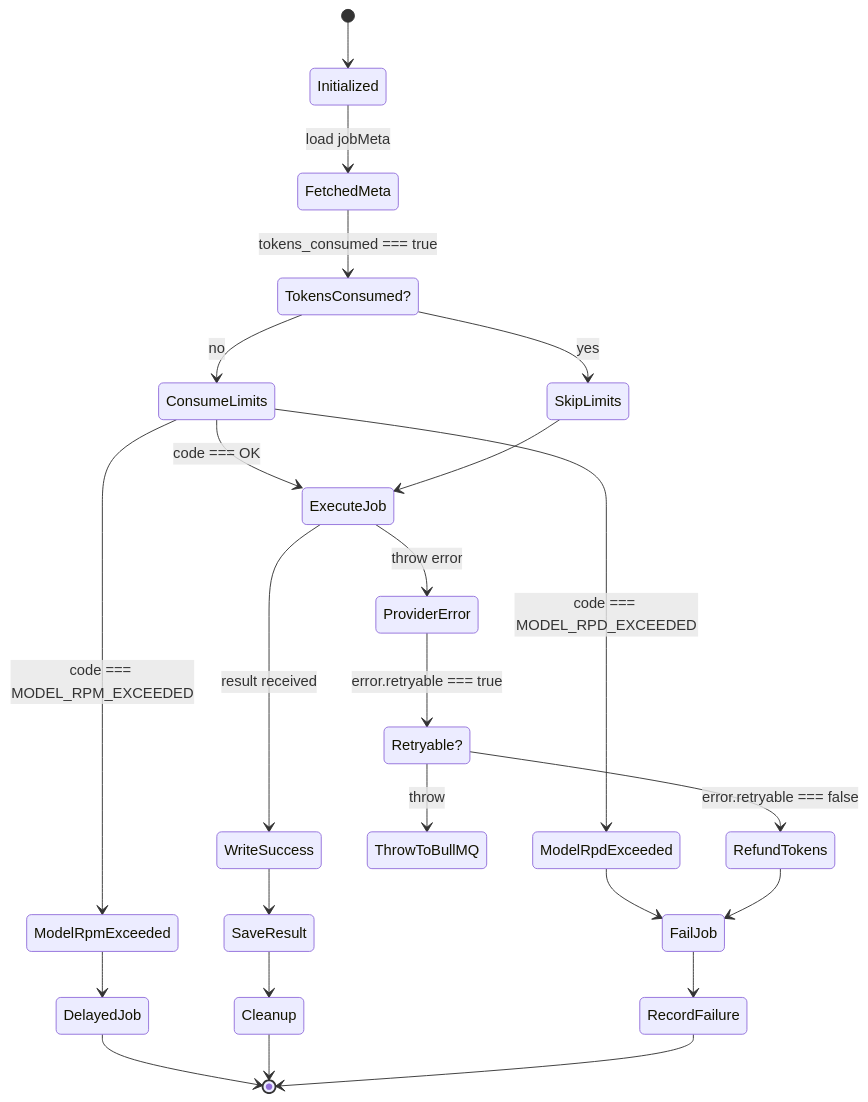
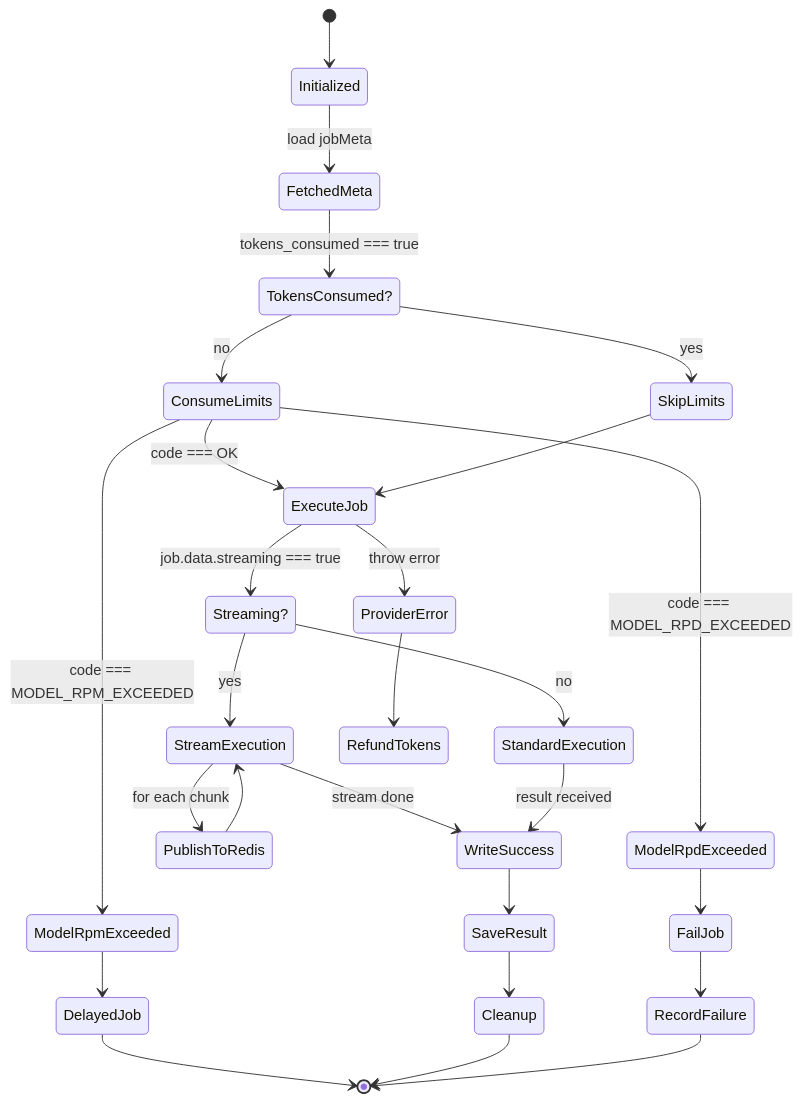
The diagram in docs/Worker.md (DmitriyMuliak/z1mak-cv-queue), drawn with Mermaid before and after one commit. The commit also changed other lines of this file and 30 other files, not shown here.

````diff
--- a/docs/Worker.md
+++ b/docs/Worker.md
@@ -1,36 +1,40 @@
 ```mermaid
 stateDiagram
   [*] --> Initialized
 
   Initialized --> FetchedMeta : load jobMeta
 
   FetchedMeta --> TokensConsumed? : tokens_consumed === true
   TokensConsumed? --> SkipLimits : yes
   TokensConsumed? --> ConsumeLimits : no
 
   ConsumeLimits --> ModelRpmExceeded : code === MODEL_RPM_EXCEEDED
   ModelRpmExceeded --> DelayedJob
   DelayedJob --> [*]
 
   ConsumeLimits --> ModelRpdExceeded : code === MODEL_RPD_EXCEEDED
   ModelRpdExceeded --> FailJob
 
   ConsumeLimits --> ExecuteJob : code === OK
   SkipLimits --> ExecuteJob
 
+  ExecuteJob --> Streaming? : job.data.streaming === true
+  
+  Streaming? --> StreamExecution : yes
+  StreamExecution --> PublishToRedis : for each chunk
+  PublishToRedis --> StreamExecution
+  StreamExecution --> WriteSuccess : stream done
+  
+  Streaming? --> StandardExecution : no
+  StandardExecution --> WriteSuccess : result received
+
   ExecuteJob --> ProviderError : throw error
-  ExecuteJob --> WriteSuccess : result received
-
-  ProviderError --> Retryable? : error.retryable === true
-  Retryable? --> ThrowToBullMQ : throw
-
-  Retryable? --> RefundTokens : error.retryable === false
-  RefundTokens --> FailJob
-
+  ProviderError --> RefundTokens
+  
   WriteSuccess --> SaveResult
   SaveResult --> Cleanup
   Cleanup --> [*]
 
   FailJob --> RecordFailure
   RecordFailure --> [*]
 ```
````
